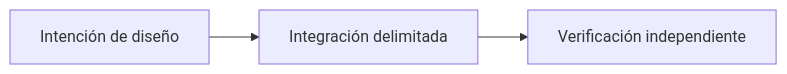
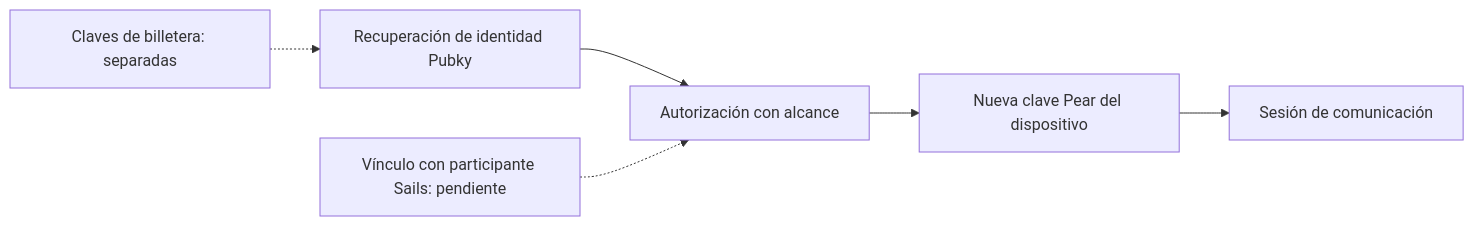
The diagram in editorial-drafts/21-openidentity-portable.es.md (sails-protocol/Sails-Protocol-Blog), drawn with Mermaid before and after one commit. The commit also changed other lines of this file, not shown here.

Commit message:
docs(editorial): ground OpenIdentity recovery boundaries in Pubky/Pear evidence (es.md)

````diff
--- a/editorial-drafts/21-openidentity-portable.es.md
+++ b/editorial-drafts/21-openidentity-portable.es.md
@@ -19,5 +51,8 @@
 ```mermaid
 flowchart LR
- A["Intención de diseño"] --> B["Integración delimitada"]
- B --> C["Verificación independiente"]
+ A["Recuperación de identidad Pubky"] --> B["Autorización con alcance"]
+ B --> C["Nueva clave Pear del dispositivo"]
+ C --> D["Sesión de comunicación"]
+ E["Vínculo con participante Sails: pendiente"] -.-> B
+ F["Claves de billetera: separadas"] -.-> A
 ```
````
